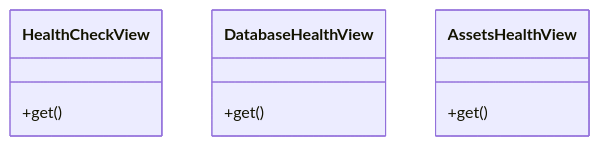
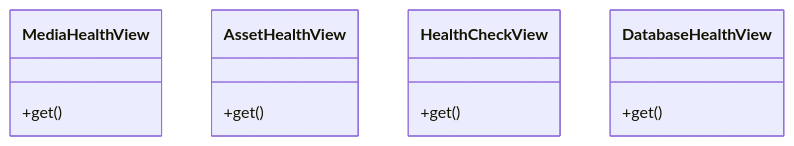
One commit to mammhoud/django-fusion changed the diagram in src/django_fusion/core/health/design.md. Above: the diagram before and after it, drawn with Mermaid. The commit also changed other lines of this file and 141 other files, not shown here.

````diff
--- a/src/django_fusion/core/health/design.md
+++ b/src/django_fusion/core/health/design.md
@@ -18,12 +20,15 @@
 ```mermaid
 classDiagram
+    class MediaHealthView {
+      +get()
+    }
+    class AssetHealthView {
+      +get()
+    }
     class HealthCheckView {
       +get()
     }
     class DatabaseHealthView {
       +get()
     }
-    class AssetsHealthView {
-      +get()
-    }
 ```
````
